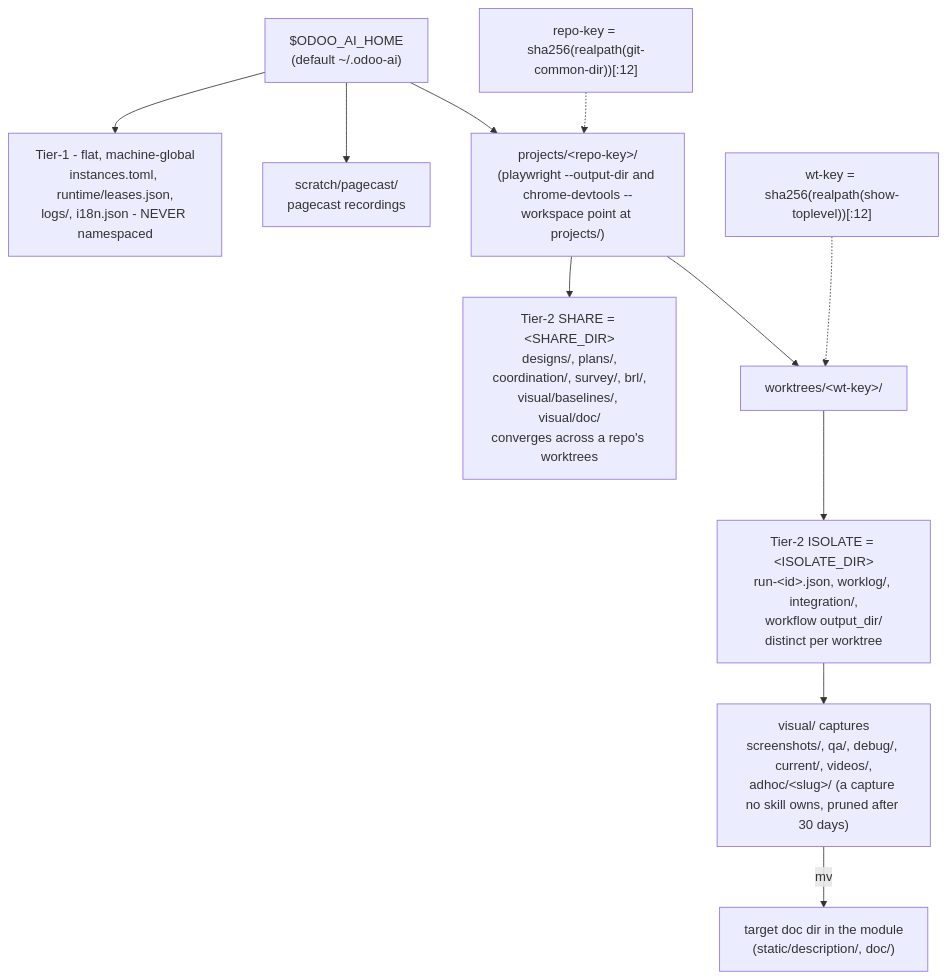
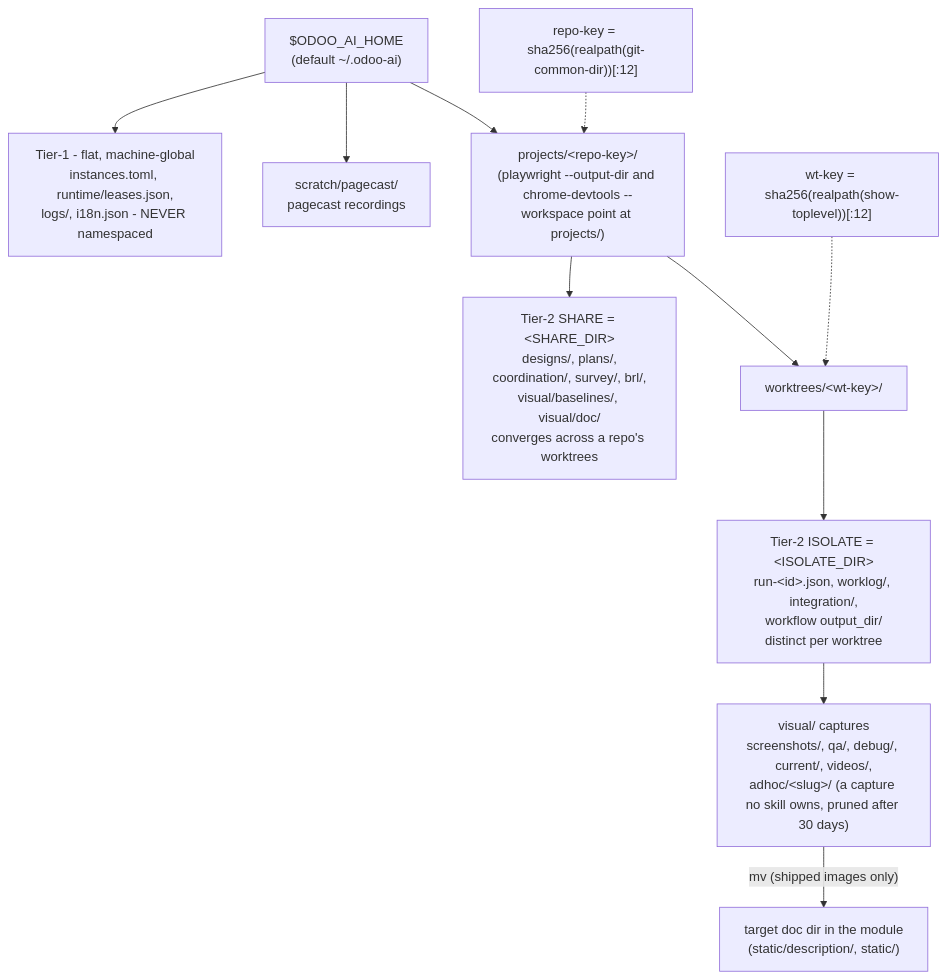
Before and after one commit to Viindoo/odoo-mcp-client: the ninth of 9 diagrams in plugins/odoo-ai-agents/README.md, drawn with Mermaid. The commit also changed other lines of this file and 2 other files, not shown here.

Commit message:
docs(odoo-ai-agents): describe the capture area and shipped-image moves

````diff
--- a/plugins/odoo-ai-agents/README.md
+++ b/plugins/odoo-ai-agents/README.md
@@ -902,15 +902,15 @@
 ```mermaid
 flowchart TD
     HOME["$ODOO_AI_HOME<br/>(default ~/.odoo-ai)"]
     HOME --> T1["Tier-1 - flat, machine-global<br/>instances.toml, runtime/leases.json,<br/>logs/, i18n.json - NEVER namespaced"]
     HOME --> SCR["scratch/pagecast/<br/>pagecast recordings"]
     HOME --> PROJ["projects/&lt;repo-key&gt;/<br/>(playwright --output-dir and chrome-devtools --workspace point at projects/)"]
     PROJ --> SHARE["Tier-2 SHARE = &lt;SHARE_DIR&gt;<br/>designs/, plans/,<br/>coordination/, survey/, brl/,<br/>visual/baselines/, visual/doc/<br/>converges across a repo's worktrees"]
     PROJ --> WT["worktrees/&lt;wt-key&gt;/"]
     WT --> ISO["Tier-2 ISOLATE = &lt;ISOLATE_DIR&gt;<br/>run-&lt;id&gt;.json, worklog/, integration/,<br/>workflow output_dir/<br/>distinct per worktree"]
     ISO --> VIS["visual/ captures<br/>screenshots/, qa/, debug/, current/, videos/,<br/>adhoc/&lt;slug&gt;/ (a capture no skill owns, pruned after 30 days)"]
-    VIS -- "mv" --> DOC["target doc dir in the module<br/>(static/description/, doc/)"]
+    VIS -- "mv (shipped images only)" --> DOC["target doc dir in the module<br/>(static/description/, static/)"]
 
     REPOKEY["repo-key = sha256(realpath(git-common-dir))[:12]"] -.-> PROJ
     WTKEY["wt-key = sha256(realpath(show-toplevel))[:12]"] -.-> WT
 ```
````
